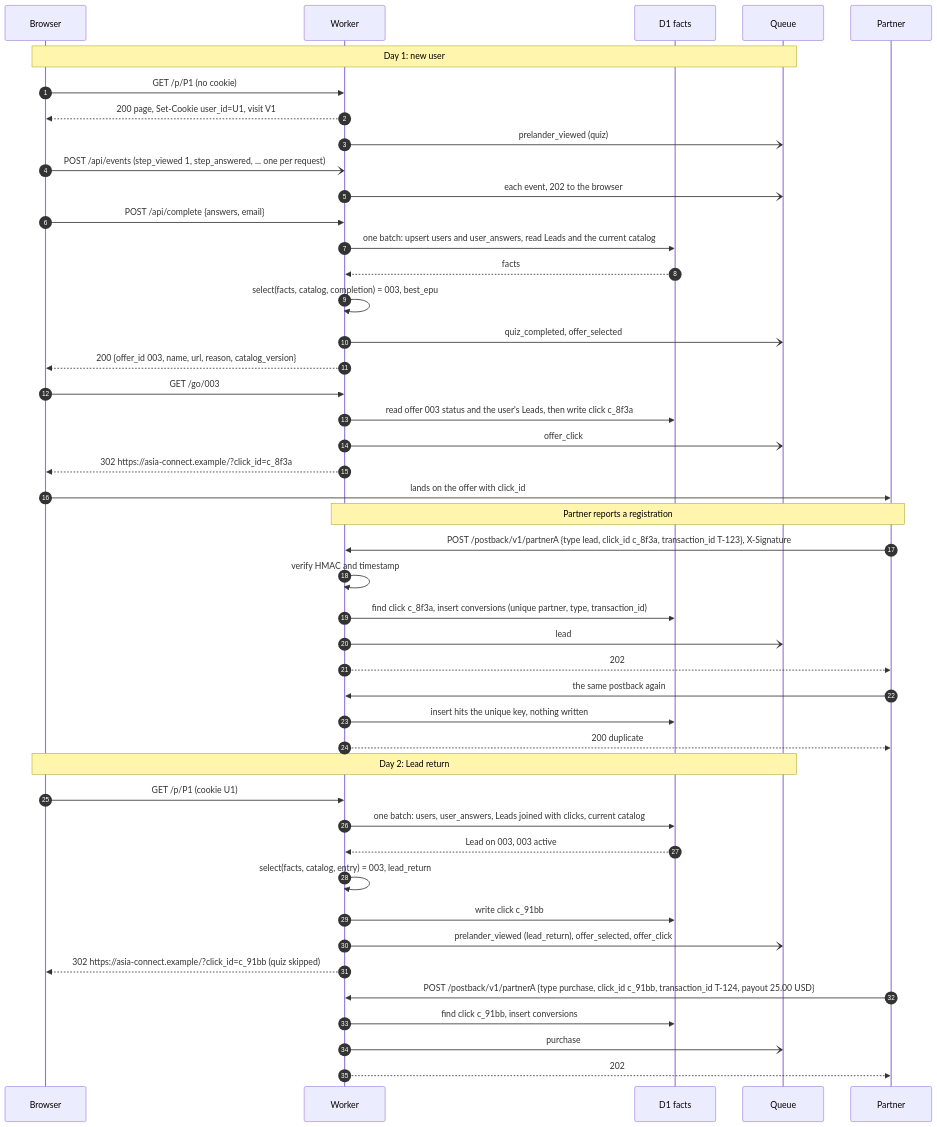
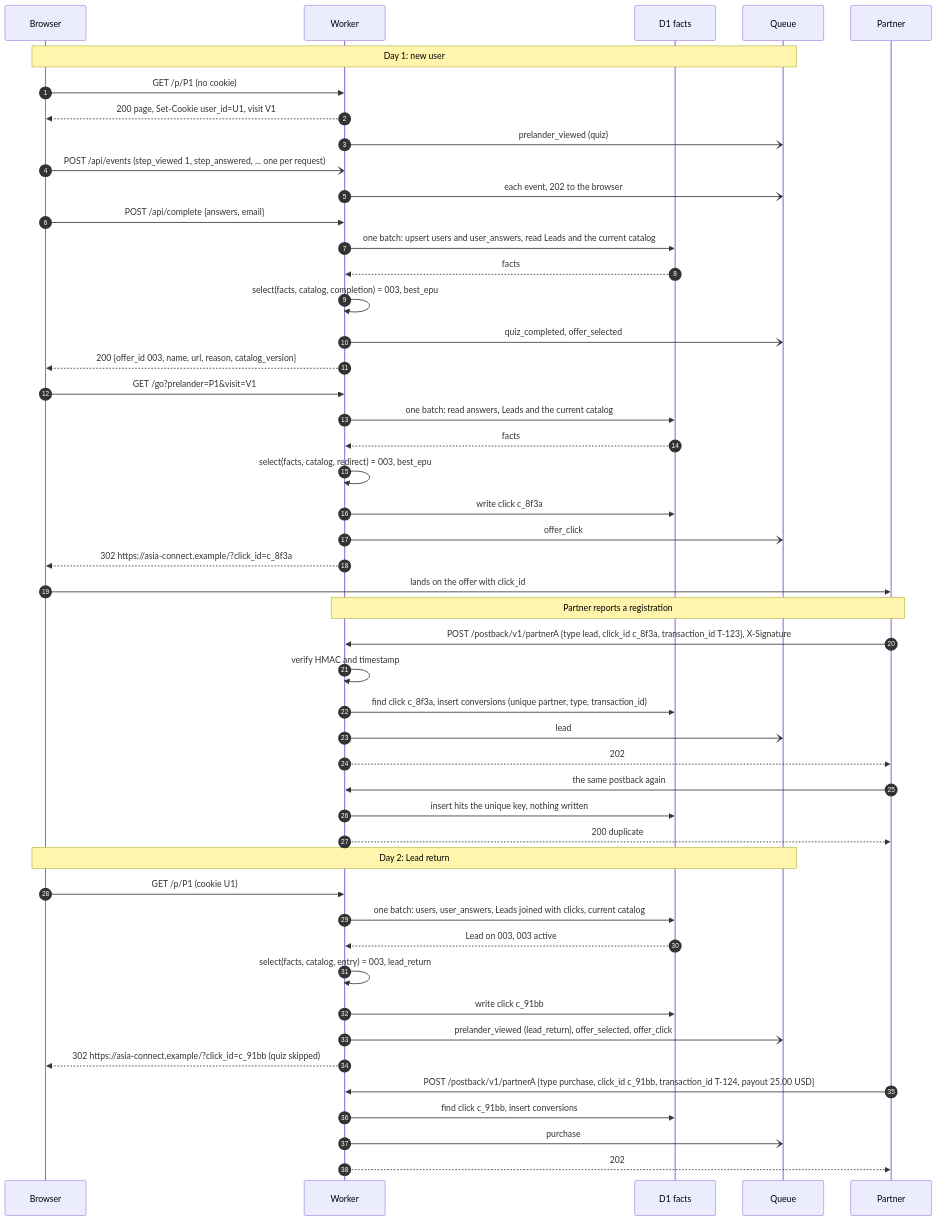
The diagram in docs/design/request-flow.md (arthurseredaa/argus-analytics-system), drawn with Mermaid before and after one commit. The commit also changed 48 other files, not shown here.

````diff
--- a/docs/design/request-flow.md
+++ b/docs/design/request-flow.md
@@ -5,50 +5,53 @@
 ```mermaid
 sequenceDiagram
     autonumber
     participant B as Browser
     participant W as Worker
     participant D1 as D1 facts
     participant Q as Queue
     participant P as Partner
 
     note over B, Q: Day 1: new user
     B->>W: GET /p/P1 (no cookie)
     W-->>B: 200 page, Set-Cookie user_id=U1, visit V1
     W-)Q: prelander_viewed (quiz)
     B-)W: POST /api/events (step_viewed 1, step_answered, ... one per request)
     W-)Q: each event, 202 to the browser
     B->>W: POST /api/complete {answers, email}
     W->>D1: one batch: upsert users and user_answers, read Leads and the current catalog
     D1-->>W: facts
     W->>W: select(facts, catalog, completion) = 003, best_epu
     W-)Q: quiz_completed, offer_selected
     W-->>B: 200 {offer_id 003, name, url, reason, catalog_version}
-    B->>W: GET /go/003
-    W->>D1: read offer 003 status and the user's Leads, then write click c_8f3a
+    B->>W: GET /go?prelander=P1&visit=V1
+    W->>D1: one batch: read answers, Leads and the current catalog
+    D1-->>W: facts
+    W->>W: select(facts, catalog, redirect) = 003, best_epu
+    W->>D1: write click c_8f3a
     W-)Q: offer_click
     W-->>B: 302 https://asia-connect.example/?click_id=c_8f3a
     B->>P: lands on the offer with click_id
 
     note over W, P: Partner reports a registration
     P->>W: POST /postback/v1/partnerA {type lead, click_id c_8f3a, transaction_id T-123}, X-Signature
     W->>W: verify HMAC and timestamp
     W->>D1: find click c_8f3a, insert conversions (unique partner, type, transaction_id)
     W-)Q: lead
     W-->>P: 202
     P->>W: the same postback again
     W->>D1: insert hits the unique key, nothing written
     W-->>P: 200 duplicate
 
     note over B, Q: Day 2: Lead return
     B->>W: GET /p/P1 (cookie U1)
     W->>D1: one batch: users, user_answers, Leads joined with clicks, current catalog
     D1-->>W: Lead on 003, 003 active
     W->>W: select(facts, catalog, entry) = 003, lead_return
     W->>D1: write click c_91bb
     W-)Q: prelander_viewed (lead_return), offer_selected, offer_click
     W-->>B: 302 https://asia-connect.example/?click_id=c_91bb (quiz skipped)
     P->>W: POST /postback/v1/partnerA {type purchase, click_id c_91bb, transaction_id T-124, payout 25.00 USD}
     W->>D1: find click c_91bb, insert conversions
     W-)Q: purchase
     W-->>P: 202
 ```
````
